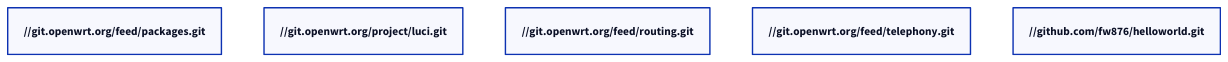
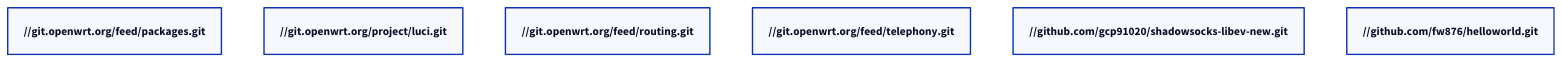
One commit to gcp91020/myRouters changed the diagram in feeds.conf.d2. Above: the diagram before and after it, drawn with D2.

```diff
--- a/feeds.conf.d2
+++ b/feeds.conf.d2
@@ -1,13 +1,14 @@
 src-git packages https://git.openwrt.org/feed/packages.git
 src-git luci https://git.openwrt.org/project/luci.git
 src-git routing https://git.openwrt.org/feed/routing.git
 src-git telephony https://git.openwrt.org/feed/telephony.git
-# src-git mypackage https://github.com/gcp91020/mypackages
+src-git sslib https://github.com/gcp91020/shadowsocks-libev-new.git
 src-git helloworld https://github.com/fw876/helloworld.git
 
+# src-git mypackage https://github.com/gcp91020/mypackages
 #src-git helloworld https://github.com/gcp91020/helloworld
 #src-git helloworld https://github.com/fw876/helloworld
 #src-git video https://github.com/openwrt/video.git
 #src-git targets https://github.com/openwrt/targets.git
 #src-git oldpackages http://git.openwrt.org/packages.git
 #src-link custom /usr/src/openwrt/custom-feed
```
